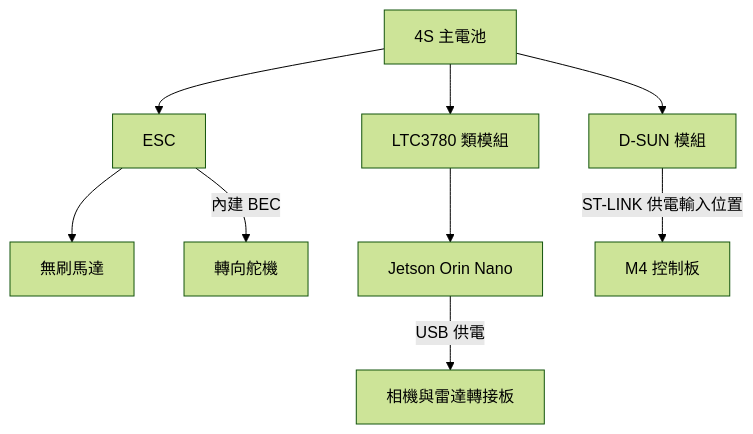
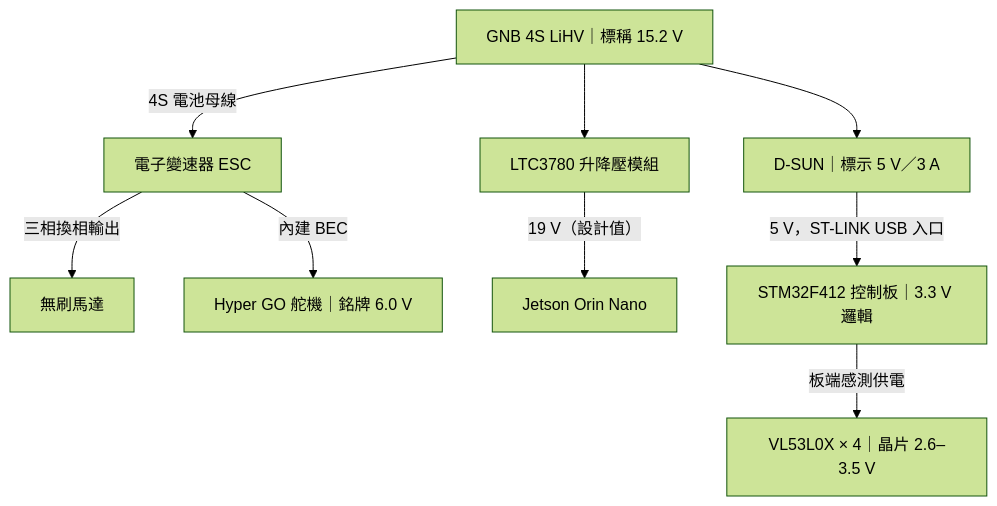
One commit to fan-gu-hao/minitesla-jetson-stm32 changed the first of 3 diagrams in README.md. Above: the diagram before and after it, drawn with Mermaid (forest theme). The commit also changed other lines of this file and 2 other files, not shown here.

````diff
--- a/README.md
+++ b/README.md
@@ -71,11 +78,12 @@
 ```mermaid
 flowchart TD
-    BAT["4S 主電池"] --> ESC["ESC"]
-    ESC --> MOTOR["無刷馬達"]
-    ESC -->|"內建 BEC"| SERVO["轉向舵機"]
-    BAT --> REGJ["LTC3780 類模組"]
-    REGJ --> J["Jetson Orin Nano"]
-    J -->|"USB 供電"| USB["相機與雷達轉接板"]
-    BAT --> REGM["D-SUN 模組"]
-    REGM -->|"ST-LINK 供電輸入位置"| M["M4 控制板"]
+    BAT["GNB 4S LiHV｜標稱 15.2 V"]
+    BAT -->|"4S 電池母線"| ESC["電子變速器 ESC"]
+    ESC -->|"三相換相輸出"| MOTOR["無刷馬達"]
+    ESC -->|"內建 BEC"| SERVO["Hyper GO 舵機｜銘牌 6.0 V"]
+    BAT --> REGJ["LTC3780 升降壓模組"]
+    REGJ -->|"19 V（設計值）"| J["Jetson Orin Nano"]
+    BAT --> REGM["D-SUN｜標示 5 V／3 A"]
+    REGM -->|"5 V，ST-LINK USB 入口"| M["STM32F412 控制板｜3.3 V 邏輯"]
+    M -->|"板端感測供電"| TOF["VL53L0X × 4｜晶片 2.6–3.5 V"]
 ```
````
